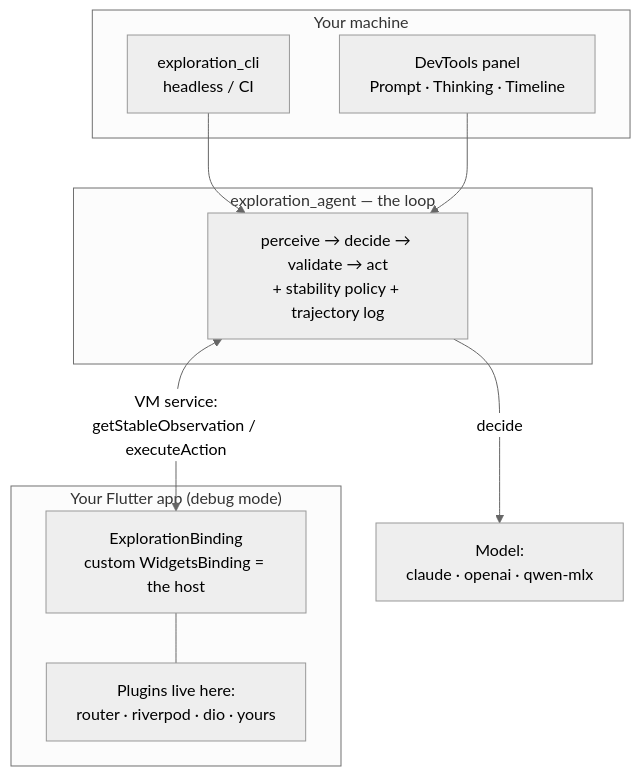
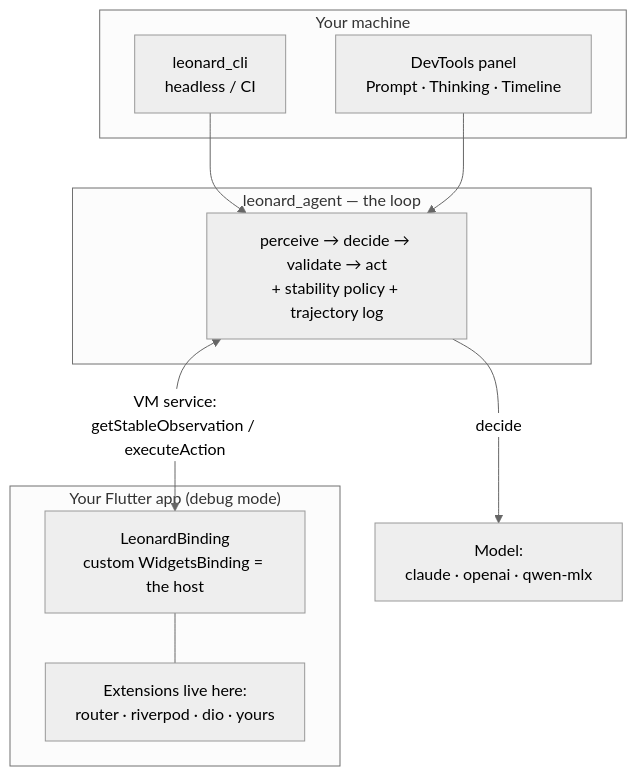
Before and after one commit to memento-engineering/lenny: the diagram in README.md, drawn with Mermaid (neutral theme). The commit also changed other lines of this file and 28 other files, not shown here.

````diff
--- a/README.md
+++ b/README.md
@@ -61,19 +61,19 @@
 ```mermaid
 graph TB
     subgraph dev["Your machine"]
-        cli["exploration_cli<br/>headless / CI"]
+        cli["leonard_cli<br/>headless / CI"]
         dt["DevTools panel<br/>Prompt · Thinking · Timeline"]
     end
-    subgraph harness["exploration_agent — the loop"]
+    subgraph harness["leonard_agent — the loop"]
         loop["perceive → decide → validate → act<br/>+ stability policy + trajectory log"]
     end
     subgraph app["Your Flutter app (debug mode)"]
-        binding["ExplorationBinding<br/>custom WidgetsBinding = the host"]
-        plugins["Plugins live here:<br/>router · riverpod · dio · yours"]
+        binding["LeonardBinding<br/>custom WidgetsBinding = the host"]
+        plugins["Extensions live here:<br/>router · riverpod · dio · yours"]
         binding --- plugins
     end
     cli --> loop
     dt --> loop
     loop -->|decide| models["Model:<br/>claude · openai · qwen-mlx"]
     loop <-->|"VM service:<br/>getStableObservation / executeAction"| binding
 ```
````
